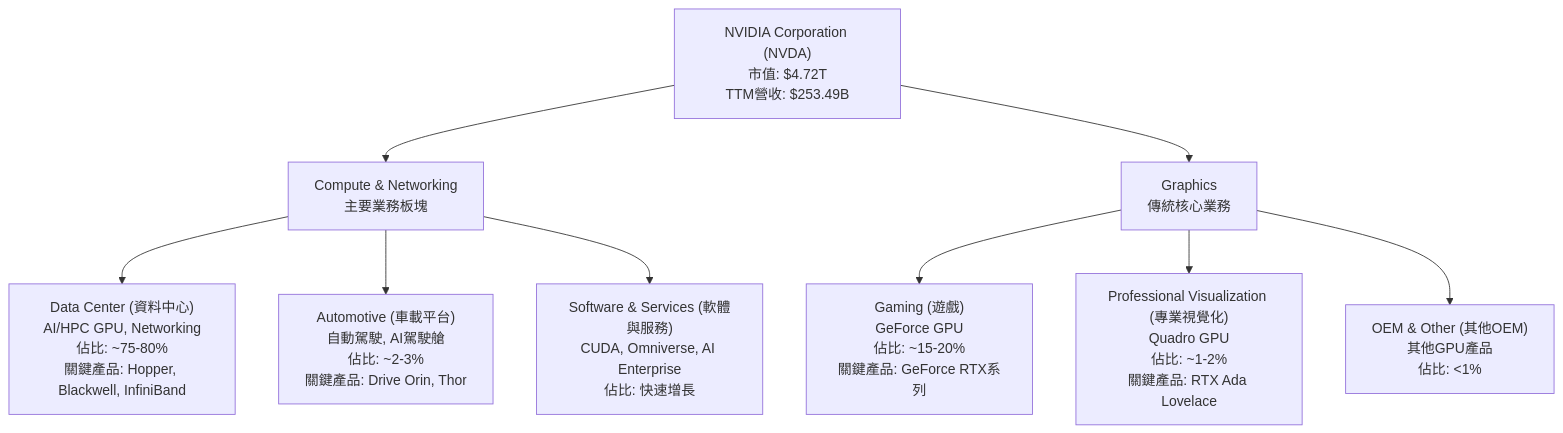
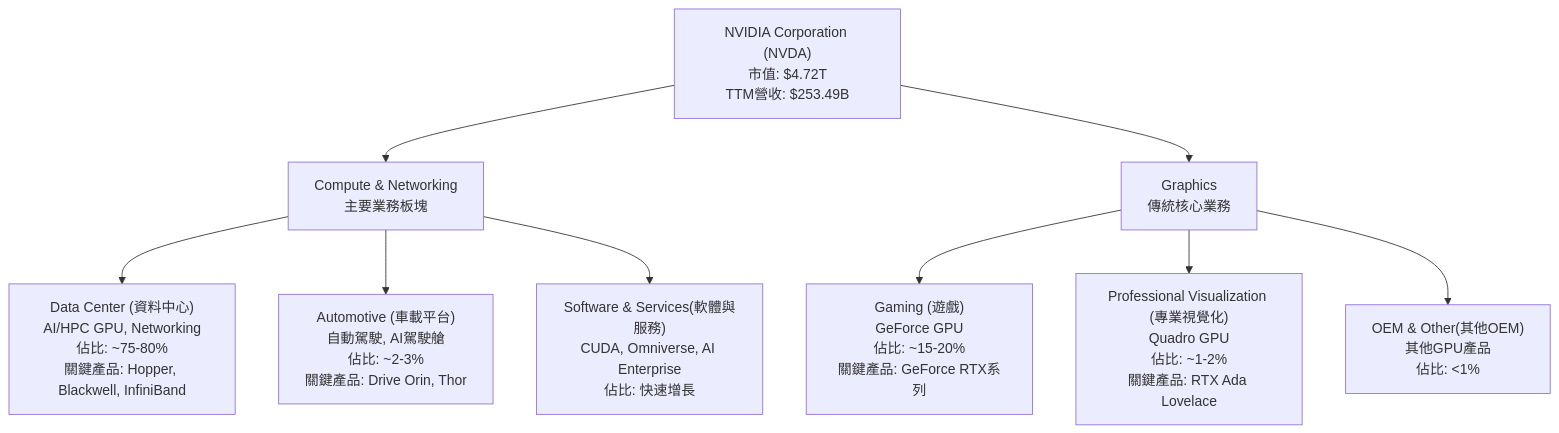
Before and after one commit to yennanliu/finance_data: the second of 14 diagrams in ai_gen_report/stock/nvda/fundamental_analysis_2026-07-04_gemini.md, drawn with Mermaid. The commit also changed 2258 other files, not shown here.

First line of the commit message:
chore: backfill Mermaid syntax repair across existing reports

````diff
--- a/ai_gen_report/stock/nvda/fundamental_analysis_2026-07-04_gemini.md
+++ b/ai_gen_report/stock/nvda/fundamental_analysis_2026-07-04_gemini.md
@@ -140,18 +140,18 @@
 ```mermaid
 graph TD
     NVDA_OV["NVIDIA Corporation (NVDA)<br/>市值: $4.72T<br/>TTM營收: $253.49B"]
 
     CN["Compute & Networking<br/>主要業務板塊"]
     G["Graphics<br/>傳統核心業務"]
 
     NVDA_OV --> CN
     NVDA_OV --> G
 
     CN --> DC["Data Center (資料中心)<br/>AI/HPC GPU, Networking<br/>佔比: ~75-80%<br/>關鍵產品: Hopper, Blackwell, InfiniBand"]
     CN --> Auto["Automotive (車載平台)<br/>自動駕駛, AI駕駛艙<br/>佔比: ~2-3%<br/>關鍵產品: Drive Orin, Thor"]
-    CN --> SW["Software & Services (軟體與服務)<br/>CUDA, Omniverse, AI Enterprise<br/>佔比: 快速增長"]
+    CN --> SW["Software & Services(軟體與服務)<br/>CUDA, Omniverse, AI Enterprise<br/>佔比: 快速增長"]
 
     G --> Gaming["Gaming (遊戲)<br/>GeForce GPU<br/>佔比: ~15-20%<br/>關鍵產品: GeForce RTX系列"]
     G --> ProViz["Professional Visualization (專業視覺化)<br/>Quadro GPU<br/>佔比: ~1-2%<br/>關鍵產品: RTX Ada Lovelace"]
-    G --> OEM["OEM & Other (其他OEM)<br/>其他GPU產品<br/>佔比: <1%"]
+    G --> OEM["OEM & Other(其他OEM)<br/>其他GPU產品<br/>佔比: <1%"]
 ```
````
